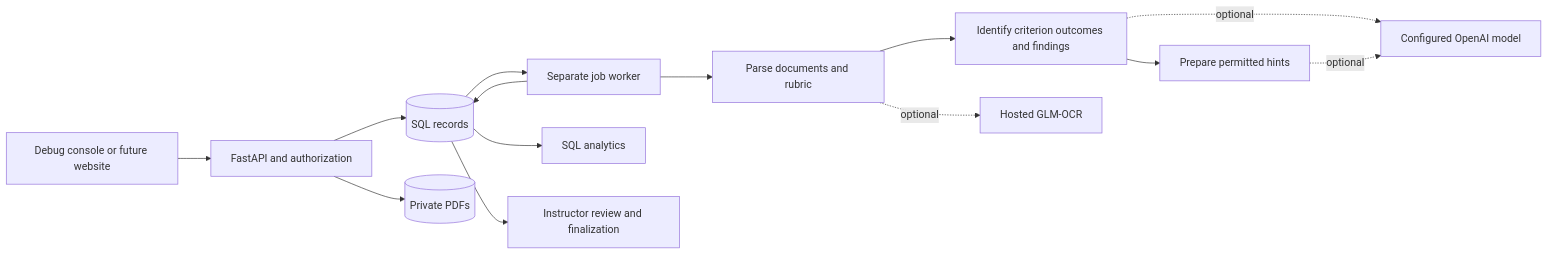
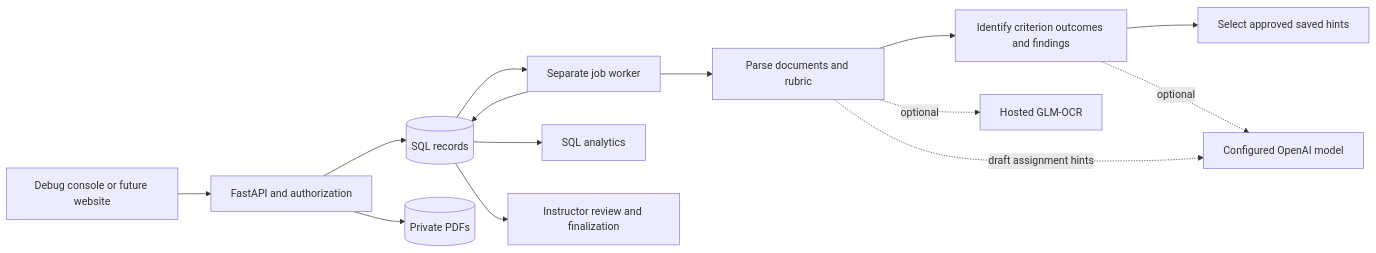
The diagram in PROJECT.md (IvanC0821/HackCMU2026), drawn with Mermaid before and after one commit. The commit also changed other lines of this file and 26 other files, not shown here.

Commit message:
backend: prepare reviewed assignment hints before student feedback

````diff
--- a/PROJECT.md
+++ b/PROJECT.md
@@ -114,16 +114,16 @@
 ```mermaid
 flowchart LR
     UI[Debug console or future website] --> API[FastAPI and authorization]
     API --> DB[(SQL records)]
     API --> Files[(Private PDFs)]
     DB --> Worker[Separate job worker]
     Worker --> Parse[Parse documents and rubric]
     Parse --> Identify[Identify criterion outcomes and findings]
-    Identify --> Respond[Prepare permitted hints]
+    Identify --> Respond[Select approved saved hints]
     Parse -. optional .-> OCR[Hosted GLM-OCR]
     Identify -. optional .-> Model[Configured OpenAI model]
-    Respond -. optional .-> Model
+    Parse -. draft assignment hints .-> Model
     Worker --> DB
     DB --> Reports[SQL analytics]
     DB --> Review[Instructor review and finalization]
 ```
````
